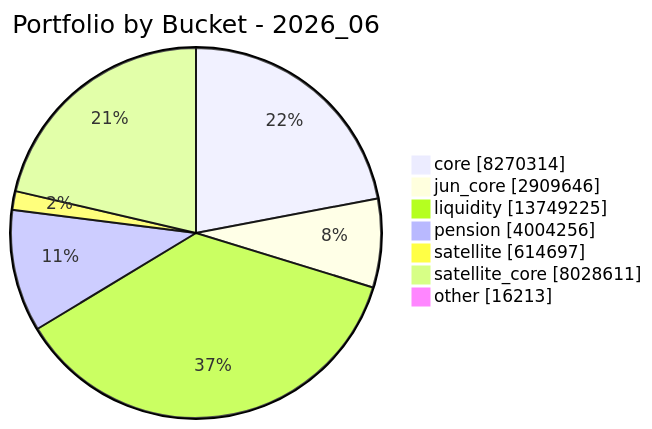
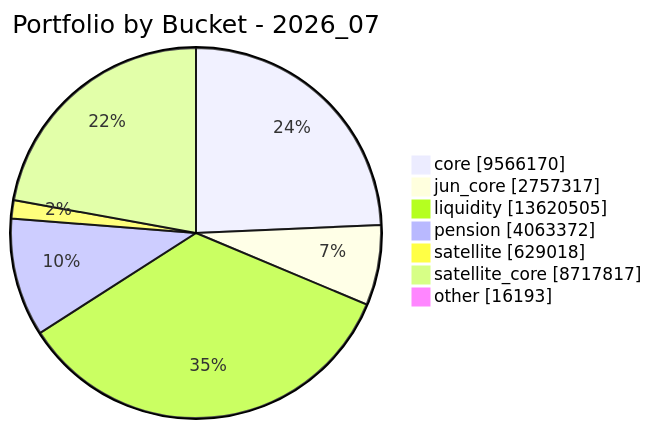
One commit to tpyosh/dip-buy-engine changed the diagram in README.md. Above: the diagram before and after it, drawn with Mermaid. The commit also changed other lines of this file and 22 other files, not shown here.

````diff
--- a/README.md
+++ b/README.md
@@ -209,11 +210,11 @@
 ```mermaid
 pie showData
-    title Portfolio by Bucket - 2026_06
-    "core" : 8270314
-    "jun_core" : 2909646
-    "liquidity" : 13749225
-    "pension" : 4004256
-    "satellite" : 614697
-    "satellite_core" : 8028611
-    "other" : 16213
+    title Portfolio by Bucket - 2026_07
+    "core" : 9566170
+    "jun_core" : 2757317
+    "liquidity" : 13620505
+    "pension" : 4063372
+    "satellite" : 629018
+    "satellite_core" : 8717817
+    "other" : 16193
 ```
````
